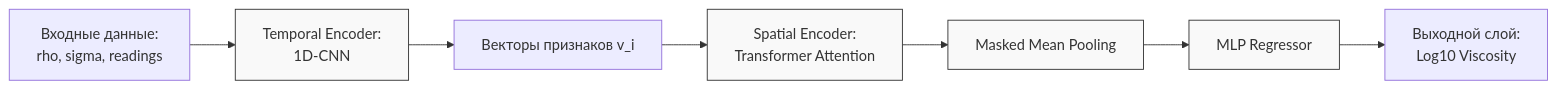
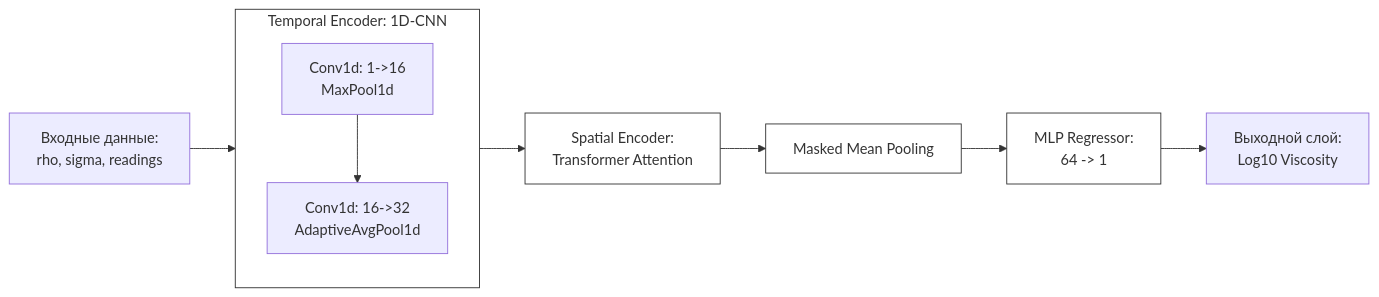
The diagram in ML_Variant3_Analysis.md (Stepaijio/goodagent), drawn with Mermaid before and after one commit. The commit also changed other lines of this file and 1 other file, not shown here.

Commit message:
Update ML analysis diagrams and detail encoder architectures

````diff
--- a/ML_Variant3_Analysis.md
+++ b/ML_Variant3_Analysis.md
@@ -9,15 +7,21 @@
 ```mermaid
 graph LR
     Input[Входные данные:<br/>rho, sigma, readings] --> Temp[Temporal Encoder:<br/>1D-CNN]
-    Temp --> Feature[Векторы признаков v_i]
-    Feature --> Spatial[Spatial Encoder:<br/>Transformer Attention]
+    
+    subgraph Temp [Temporal Encoder: 1D-CNN]
+        C1[Conv1d: 1->16<br/>MaxPool1d]
+        C2[Conv1d: 16->32<br/>AdaptiveAvgPool1d]
+        C1 --> C2
+    end
+    
+    Temp --> Spatial[Spatial Encoder:<br/>Transformer Attention]
     Spatial --> Pool[Masked Mean Pooling]
-    Pool --> MLP[MLP Regressor]
+    Pool --> MLP[MLP Regressor:<br/>64 -> 1]
     MLP --> Output[Выходной слой:<br/>Log10 Viscosity]
 
     %% Стилизация
-    style Temp fill:#f9f9f9,stroke:#333
-    style Spatial fill:#f9f9f9,stroke:#333
-    style Pool fill:#f9f9f9,stroke:#333
-    style MLP fill:#f9f9f9,stroke:#333
+    style Temp fill:#fff,stroke:#333
+    style Spatial fill:#fff,stroke:#333
+    style Pool fill:#fff,stroke:#333
+    style MLP fill:#fff,stroke:#333
 ```
````
